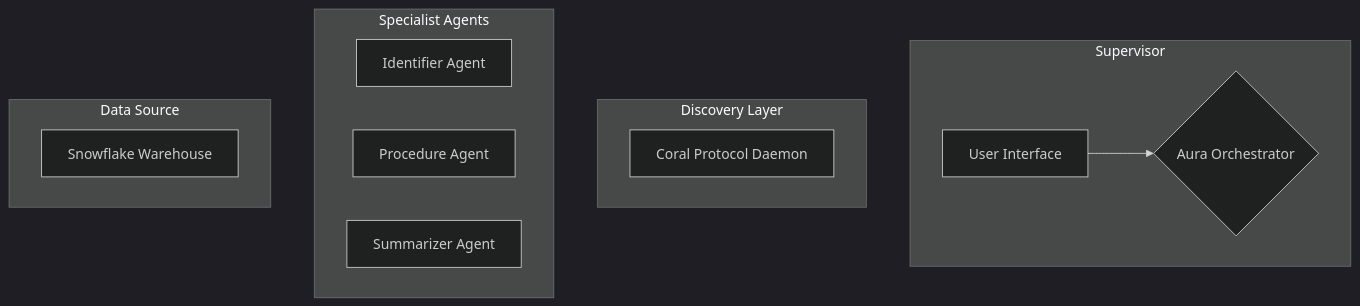
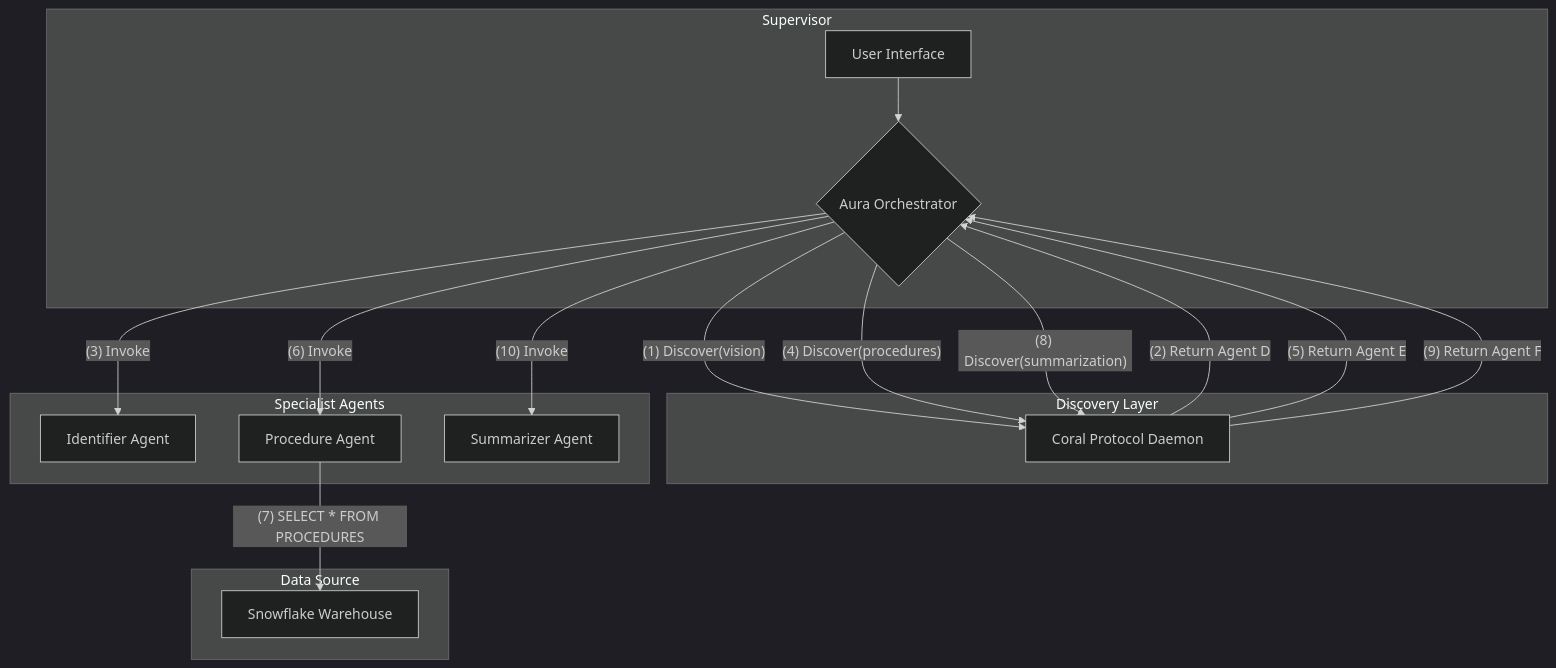
One commit to Nabil-Mabrouk/Aura changed the diagram in README.md. Above: the diagram before and after it, drawn with Mermaid (dark theme). The commit also changed other lines of this file, not shown here.

Commit message:
Day 1 - corrections to Readme.md file

````diff
--- a/README.md
+++ b/README.md
@@ -50,20 +50,33 @@
 ```mermaid
 graph TD
     subgraph Supervisor
         A[User Interface] --> B{Aura Orchestrator};
     end
 
     subgraph Discovery Layer
         C[Coral Protocol Daemon]
     end
     
     subgraph Specialist Agents
         D[Identifier Agent];
         E[Procedure Agent];
         F[Summarizer Agent];
     end
     
     subgraph Data Source
         G[Snowflake Warehouse]
     end
+
+    B -- "(1) Discover(vision)" --> C;
+    C -- "(2) Return Agent D" --> B;
+    B -- "(3) Invoke" --> D;
+    
+    B -- "(4) Discover(procedures)" --> C;
+    C -- "(5) Return Agent E" --> B;
+    B -- "(6) Invoke" --> E;
+    E -- "(7) SELECT * FROM PROCEDURES" --> G;
+    
+    B -- "(8) Discover(summarization)" --> C;
+    C -- "(9) Return Agent F" --> B;
+    B -- "(10) Invoke" --> F;
 ```
````
